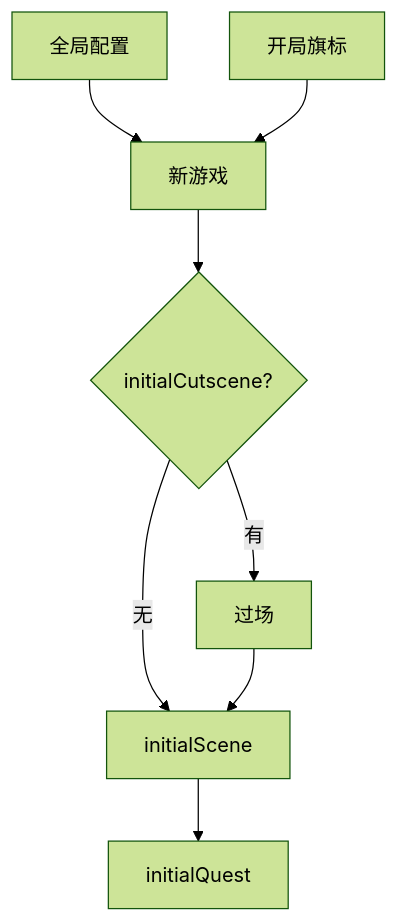
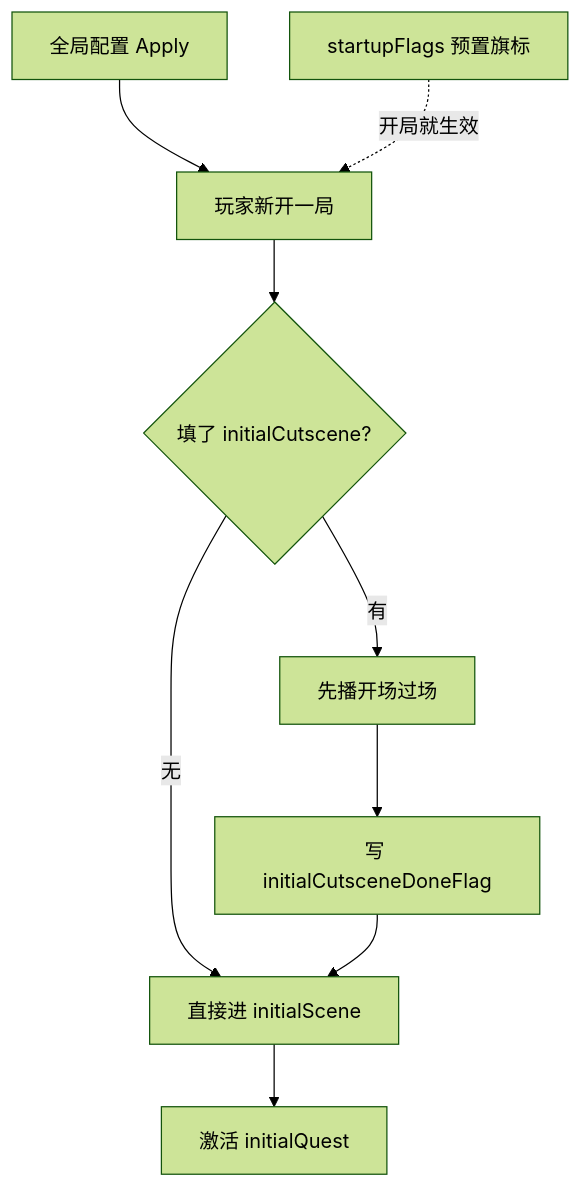
The diagram in docs/editors/panels/config.md (wubugui/GDoc), drawn with Mermaid (forest theme) before and after one commit. The commit also changed other lines of this file and 112 other files, not shown here.

````diff
--- a/docs/editors/panels/config.md
+++ b/docs/editors/panels/config.md
@@ -46,10 +33,10 @@
 ```mermaid
 flowchart TD
-  C[全局配置] --> N[新游戏]
-  N --> CS{initialCutscene?}
-  CS -->|有| CUT[过场]
-  CS -->|无| SC[initialScene]
-  CUT --> SC
-  SC --> Q[initialQuest]
-  SF[开局旗标] --> N
+  C[全局配置 Apply] --> N[玩家新开一局]
+  N --> CS{填了 initialCutscene?}
+  CS -->|有| CUT[先播开场过场] --> FLAG[写 initialCutsceneDoneFlag]
+  CS -->|无| SC[直接进 initialScene]
+  FLAG --> SC
+  SC --> Q[激活 initialQuest]
+  SF[startupFlags 预置旗标] -.开局就生效.-> N
 ```
````
